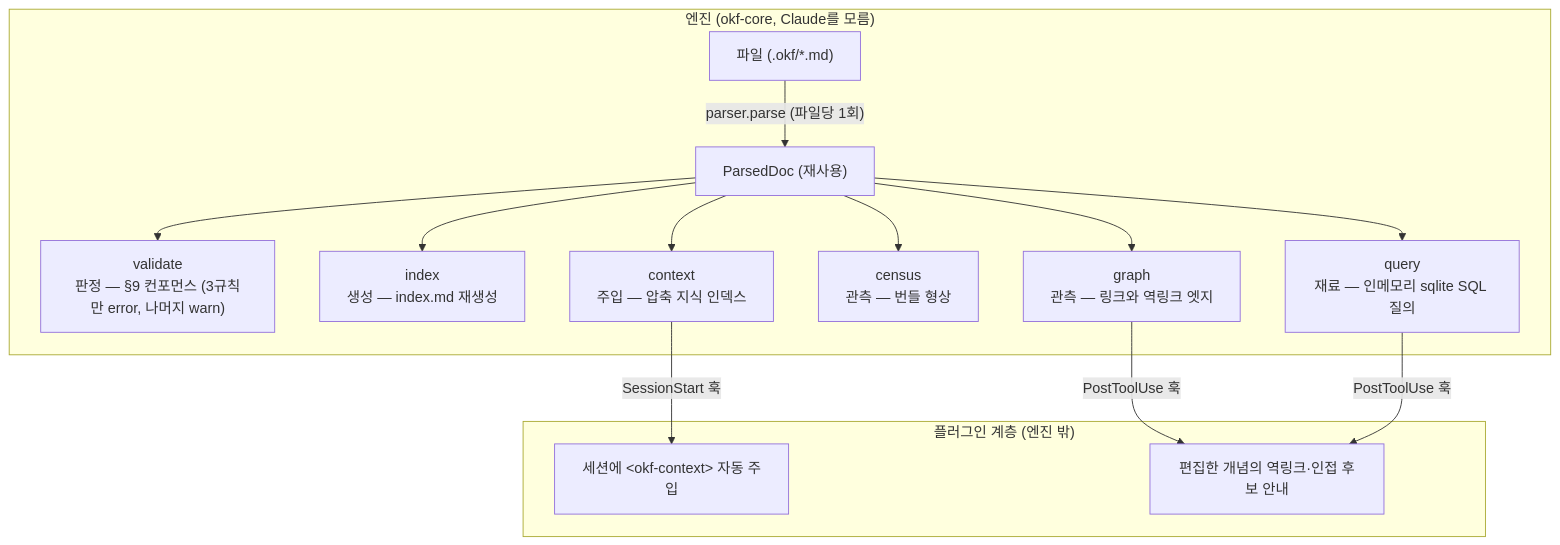
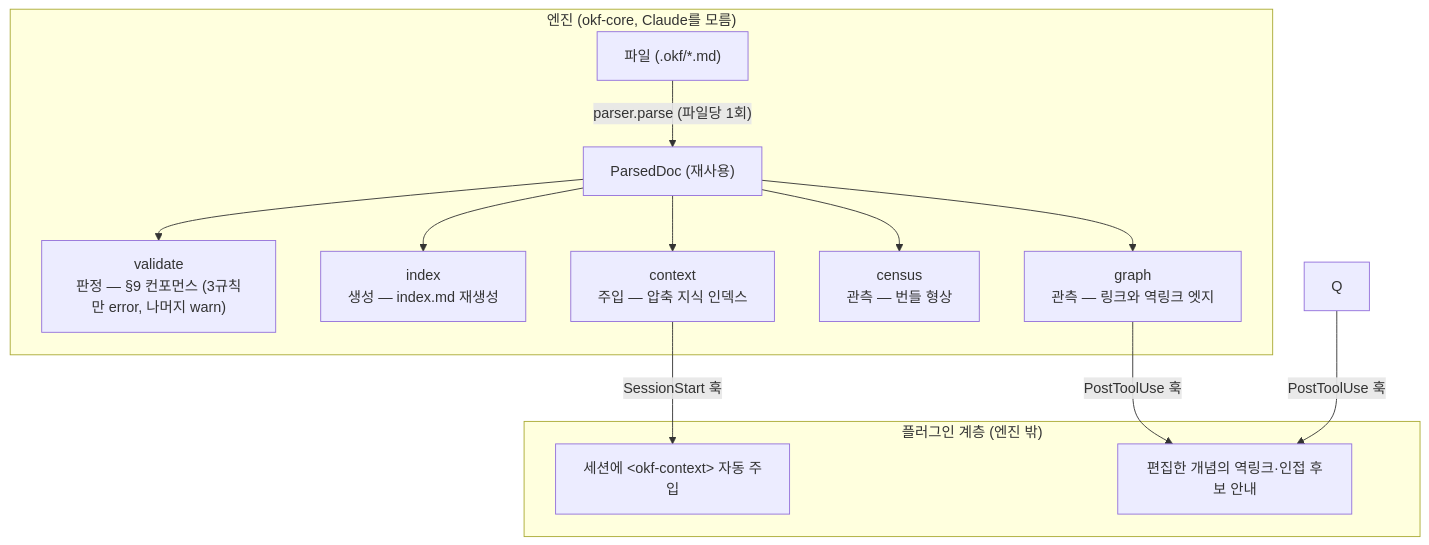
Before and after one commit to pmmm114/okf-wiki-plugin: the diagram in README.md, drawn with Mermaid.

Commit message:
test(readme-sync): 고의 실패 — query 노드 제거로 완전성 게이트 red 실증

````diff
--- a/README.md
+++ b/README.md
@@ -154,19 +154,18 @@
 ```mermaid
 flowchart TD
     subgraph engine["엔진 (okf-core, Claude를 모름)"]
         F["파일 (.okf/*.md)"] -->|"parser.parse (파일당 1회)"| P["ParsedDoc (재사용)"]
         P --> V["validate<br/>판정 — §9 컨포먼스 (3규칙만 error, 나머지 warn)"]
         P --> I["index<br/>생성 — index.md 재생성"]
         P --> G["graph<br/>관측 — 링크와 역링크 엣지"]
         P --> N["census<br/>관측 — 번들 형상"]
-        P --> Q["query<br/>재료 — 인메모리 sqlite SQL 질의"]
         P --> C["context<br/>주입 — 압축 지식 인덱스"]
     end
     subgraph plugin["플러그인 계층 (엔진 밖)"]
         O["세션에 &lt;okf-context&gt; 자동 주입"]
         B["편집한 개념의 역링크·인접 후보 안내"]
     end
     C -->|"SessionStart 훅"| O
     G -->|"PostToolUse 훅"| B
     Q -->|"PostToolUse 훅"| B
 ```
````
